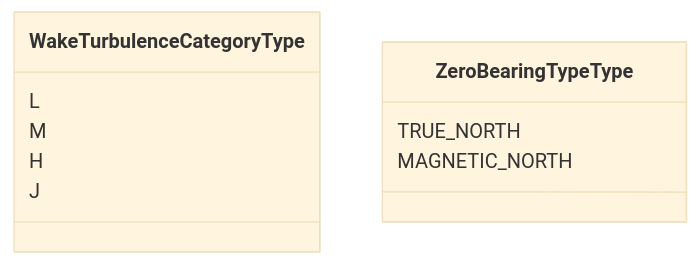
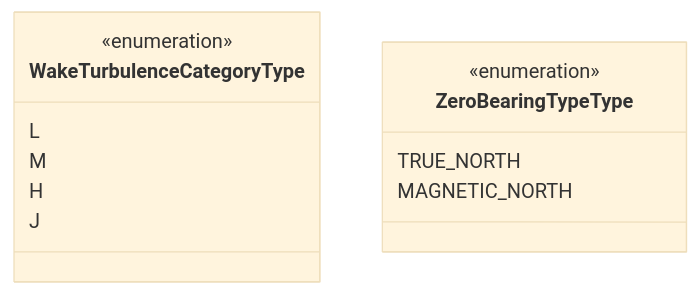
Before and after one commit to du-lapin/test_docsify: the fourth of 4 diagrams in docs/fixm/FIXM_UML_in_mermaid.md, drawn with Mermaid (base theme).

````diff
--- a/docs/fixm/FIXM_UML_in_mermaid.md
+++ b/docs/fixm/FIXM_UML_in_mermaid.md
@@ -43,13 +43,15 @@
 ```mermaid
 classDiagram
-class WakeTurbulenceCategoryType{	
+class WakeTurbulenceCategoryType{
+<<enumeration>>	
 L	
 M	
 H	
 J	
 }
-class ZeroBearingTypeType{	
+class ZeroBearingTypeType{
+<<enumeration>>	
 TRUE_NORTH	
 MAGNETIC_NORTH	
 }			
 ```
````
